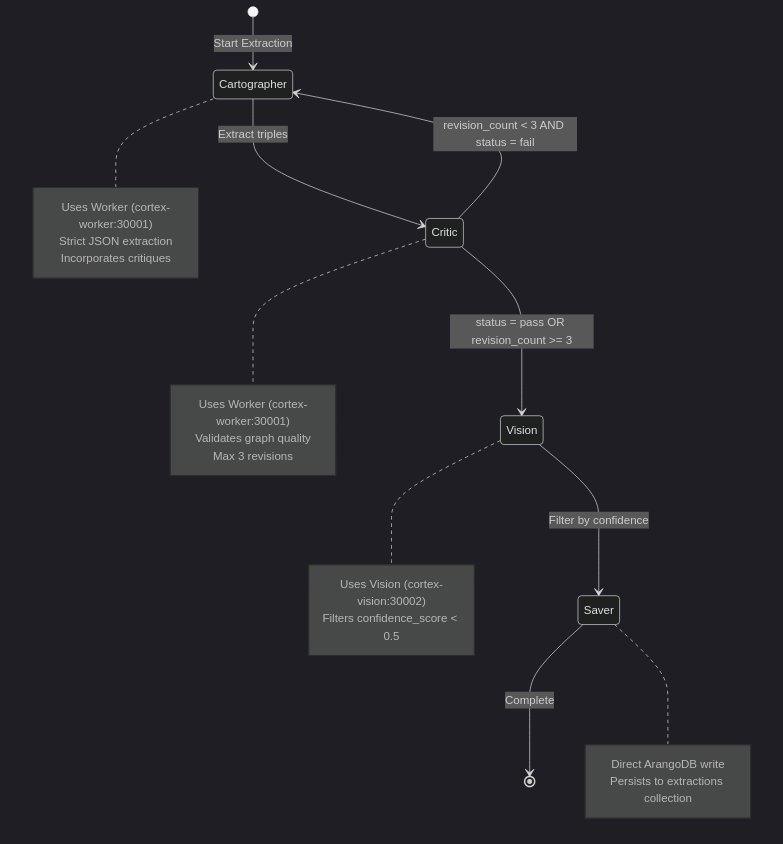
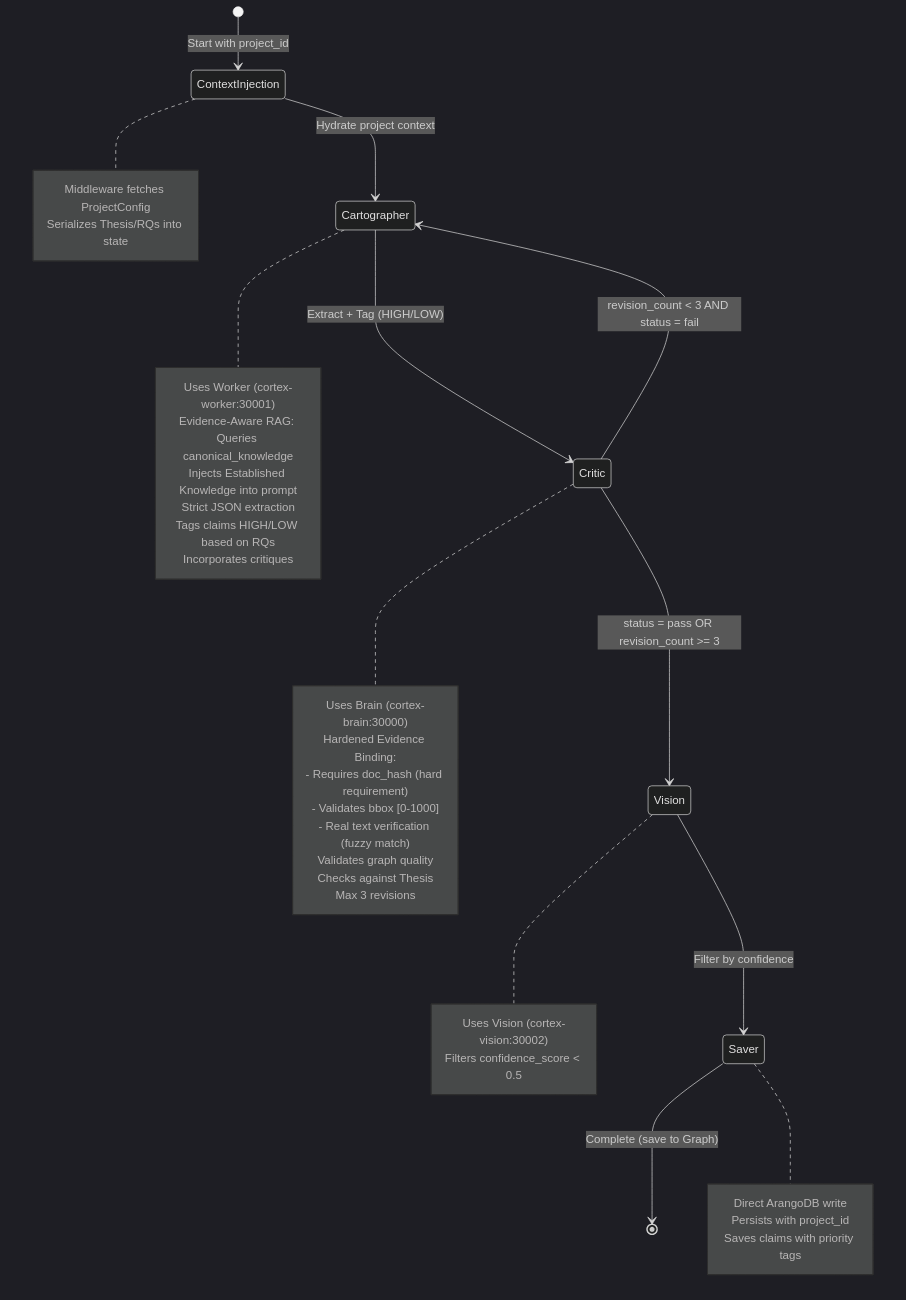
Before and after one commit to rakpan/project-vyasa: the first of 2 diagrams in docs/architecture/agent-workflow.md, drawn with Mermaid (dark theme). The commit also changed other lines of this file and 98 other files, not shown here.

````diff
--- a/docs/architecture/agent-workflow.md
+++ b/docs/architecture/agent-workflow.md
@@ -26,32 +29,46 @@
 ```mermaid
 stateDiagram-v2
-    [*] --> Cartographer: Start Extraction
-    
-    Cartographer --> Critic: Extract triples
+    [*] --> ContextInjection: Start with project_id
+    ContextInjection --> Cartographer: Hydrate project context
+    Cartographer --> Critic: Extract + Tag (HIGH/LOW)
     Critic --> Cartographer: revision_count < 3 AND status = fail
     Critic --> Vision: status = pass OR revision_count >= 3
     Vision --> Saver: Filter by confidence
-    Saver --> [*]: Complete
+    Saver --> [*]: Complete (save to Graph)
+    
+    note right of ContextInjection
+        Middleware fetches ProjectConfig
+        Serializes Thesis/RQs into state
+    end note
     
     note right of Cartographer
         Uses Worker (cortex-worker:30001)
+        Evidence-Aware RAG: Queries canonical_knowledge
+        Injects Established Knowledge into prompt
         Strict JSON extraction
+        Tags claims HIGH/LOW based on RQs
         Incorporates critiques
     end note
     
     note right of Critic
-        Uses Worker (cortex-worker:30001)
+        Uses Brain (cortex-brain:30000)
+        Hardened Evidence Binding:
+        - Requires doc_hash (hard requirement)
+        - Validates bbox [0-1000]
+        - Real text verification (fuzzy match)
         Validates graph quality
+        Checks against Thesis
         Max 3 revisions
     end note
     
     note right of Vision
         Uses Vision (cortex-vision:30002)
         Filters confidence_score < 0.5
     end note
     
     note right of Saver
         Direct ArangoDB write
-        Persists to extractions collection
+        Persists with project_id
+        Saves claims with priority tags
     end note
 ```
````
